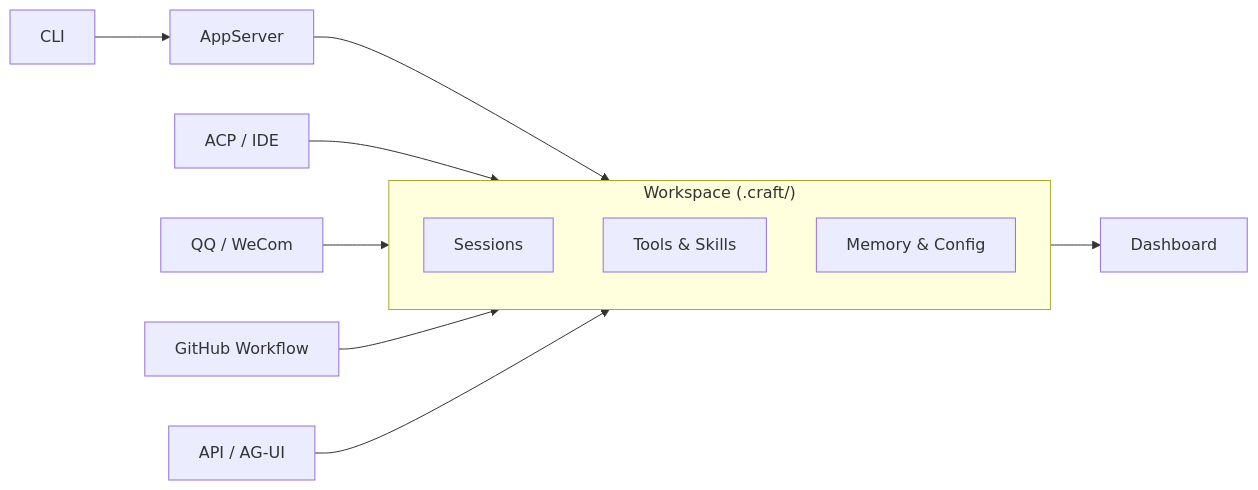
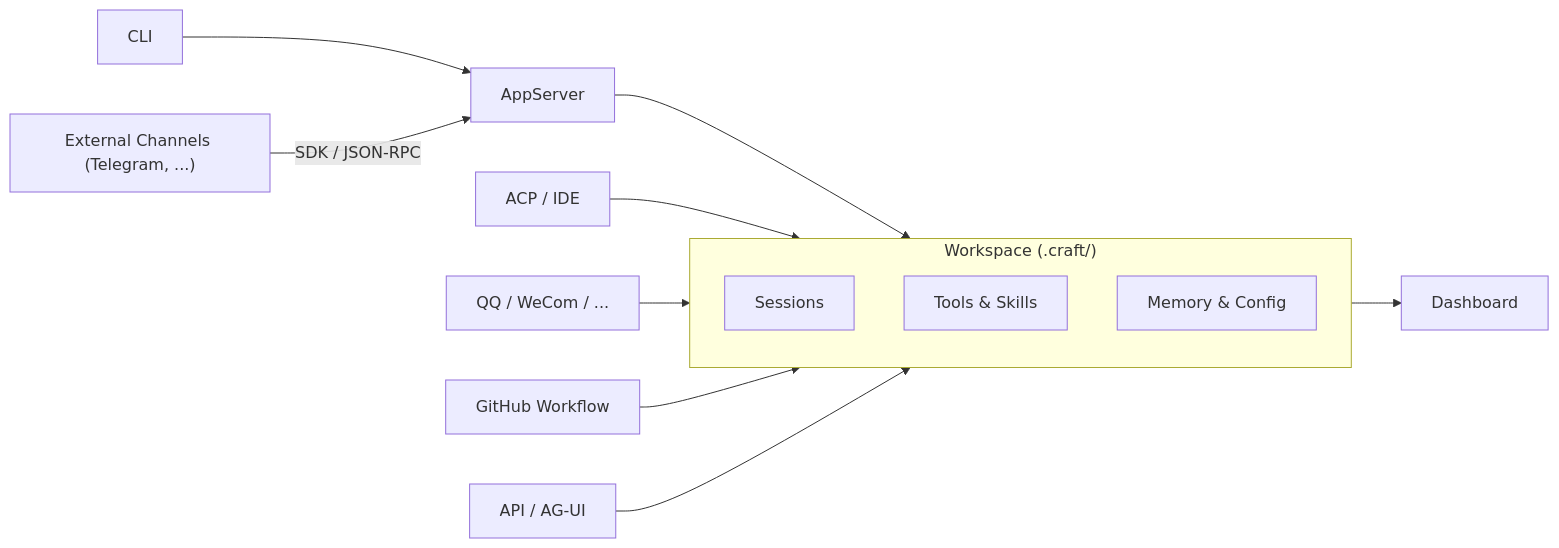
The diagram in README.md (DotCraftDev/dotcraft), drawn with Mermaid before and after one commit. The commit also changed other lines of this file and 31 other files, not shown here.

````diff
--- a/README.md
+++ b/README.md
@@ -109,25 +112,27 @@
 ```mermaid
 flowchart LR
     Cli["CLI"]
     AppSrv["AppServer"]
     Ide["ACP / IDE"]
-    Bots["QQ / WeCom"]
+    Bots["QQ / WeCom / ..."]
+    ExtCh["External Channels (Telegram, ...)"]
     Workflow["GitHub Workflow"]
     Api["API / AG-UI"]
 
     subgraph Workspace ["Workspace (.craft/)"]
         Sessions["Sessions"]
         Tools["Tools & Skills"]
         Memory["Memory & Config"]
     end
 
     Dashboard["Dashboard"]
 
     Cli --> AppSrv
     AppSrv --> Workspace
     Ide --> Workspace
     Bots --> Workspace
+    ExtCh -->|"SDK / JSON-RPC"| AppSrv
     Workflow --> Workspace
     Api --> Workspace
     Workspace --> Dashboard
 ```
````
